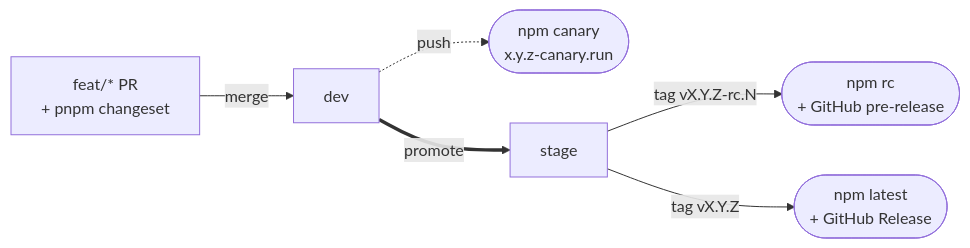
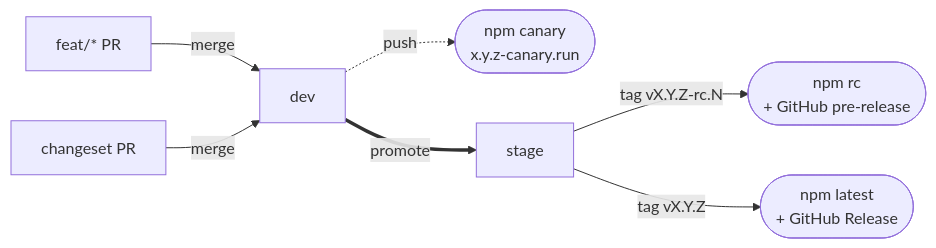
The diagram in CONTRIBUTING.md (blurifycom/openora), drawn with Mermaid before and after one commit. The commit also changed other lines of this file and 2 other files, not shown here.

````diff
--- a/CONTRIBUTING.md
+++ b/CONTRIBUTING.md
@@ -87,8 +87,9 @@
 ```mermaid
 flowchart LR
-    PR["feat/* PR<br/>+ pnpm changeset"] -->|merge| DEV[dev]
+    PR["feat/* PR"] -->|merge| DEV[dev]
+    CS["changeset PR"] -->|merge| DEV
     DEV -. push .-> CANARY(["npm canary<br/>x.y.z-canary.run"])
     DEV ==>|promote| STAGE[stage]
     STAGE -->|"tag vX.Y.Z-rc.N"| RC(["npm rc<br/>+ GitHub pre-release"])
     STAGE -->|"tag vX.Y.Z"| LATEST(["npm latest<br/>+ GitHub Release"])
 ```
````
